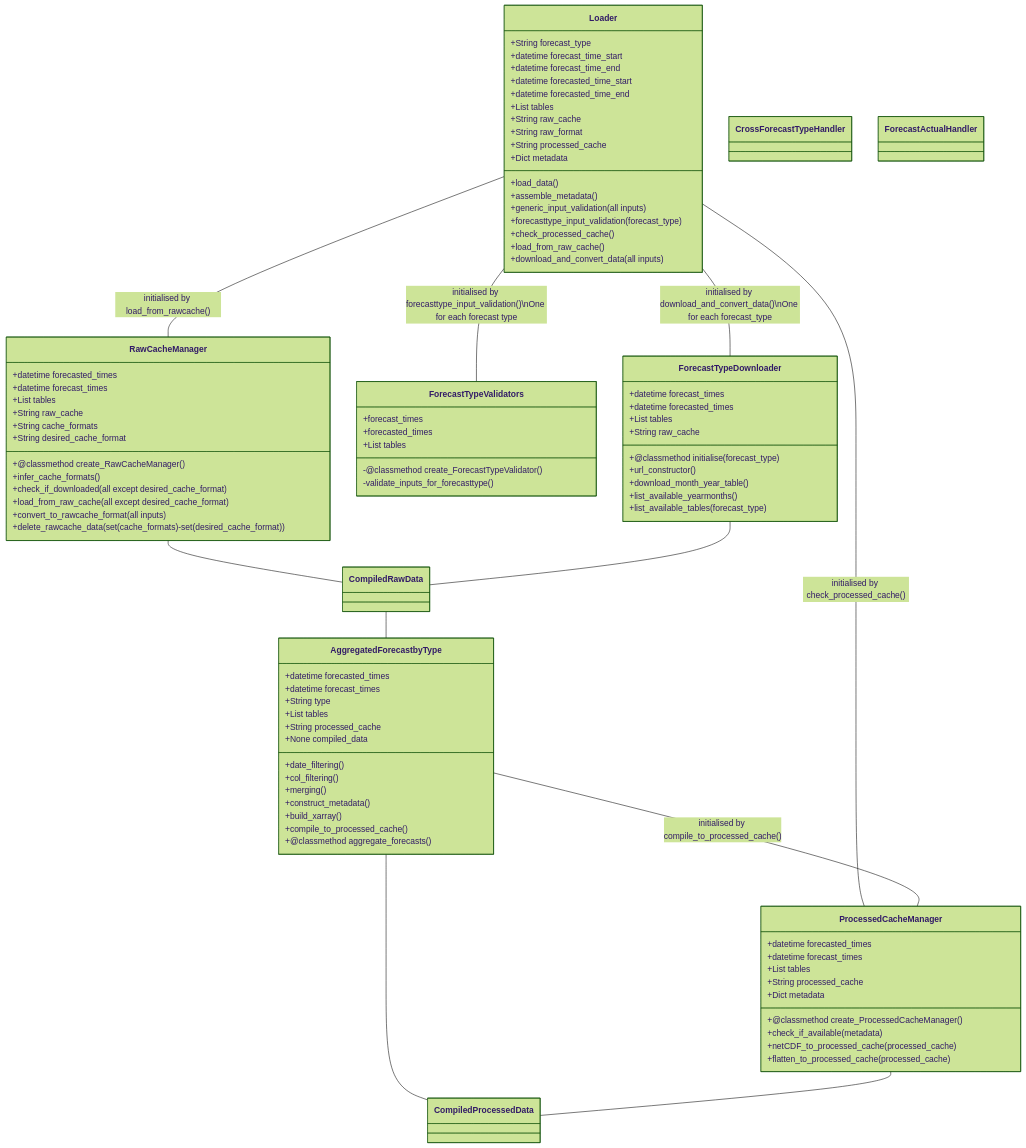
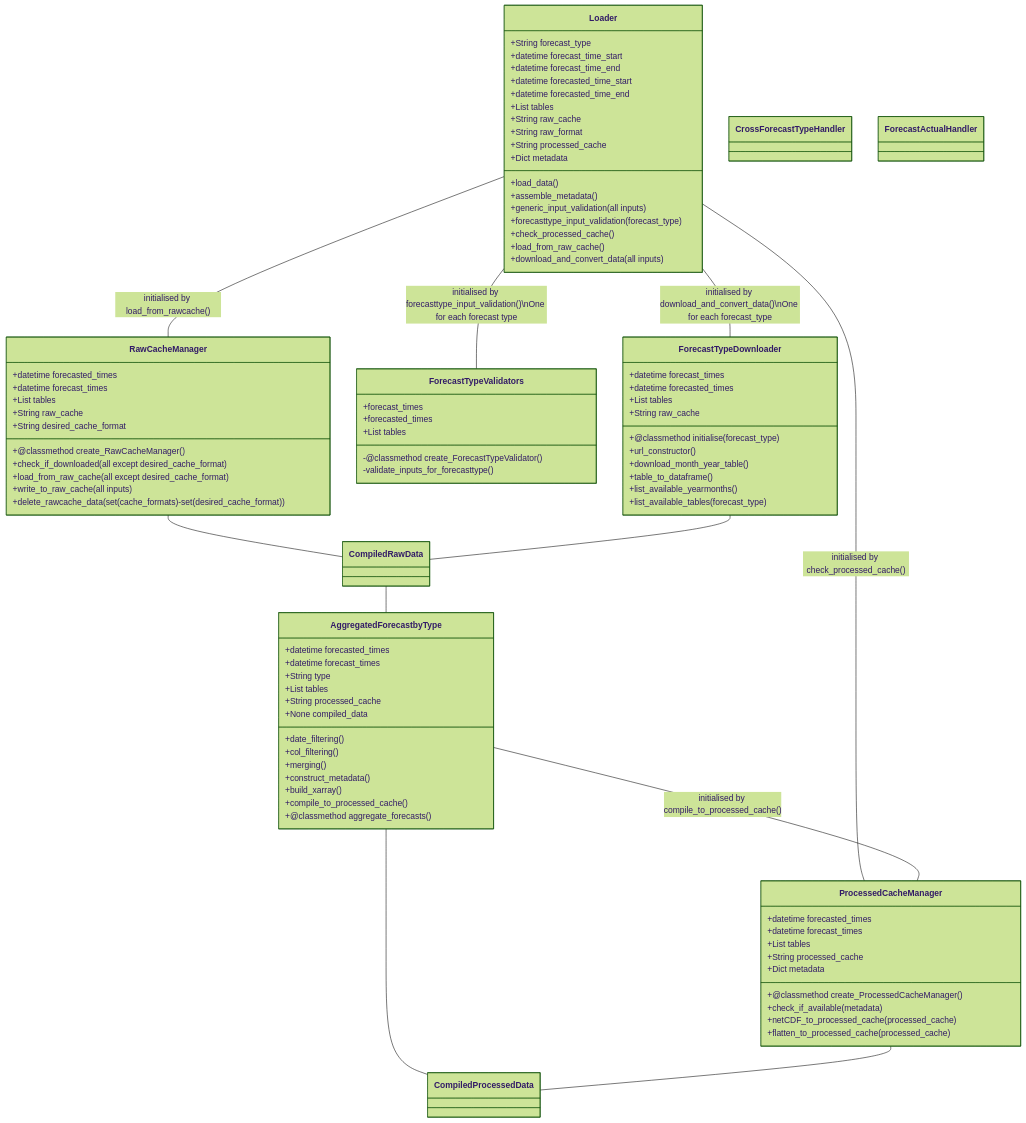
The diagram in ROADMAP.md (UNSW-CEEM/NEMSEER), drawn with Mermaid (forest theme) before and after one commit. The commit also changed other lines of this file, not shown here.

Commit message:
add to ROADMAP, thanks Nick

```diff
--- a/ROADMAP.md
+++ b/ROADMAP.md
@@ -62,6 +62,7 @@
       +@classmethod initialise(forecast_type)
       +url_constructor()
       +download_month_year_table()
+      +table_to_dataframe()
       +list_available_yearmonths()
       +list_available_tables(forecast_type)
     }
@@ -77,13 +78,11 @@
       +datetime forecast_times
       +List tables
       +String raw_cache
-      +String cache_formats
       +String desired_cache_format
       +@classmethod create_RawCacheManager()
-      +infer_cache_formats()
       +check_if_downloaded(all except desired_cache_format)
       +load_from_raw_cache(all except desired_cache_format)
-      +convert_to_rawcache_format(all inputs)
+      +write_to_raw_cache(all inputs)
       +delete_rawcache_data(set(cache_formats)-set(desired_cache_format))
     }
 
```
